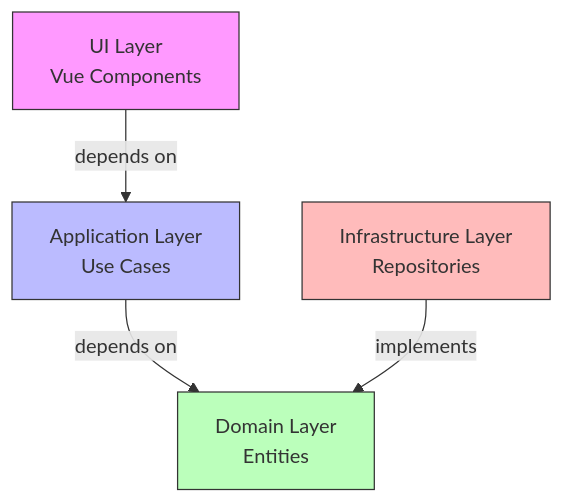
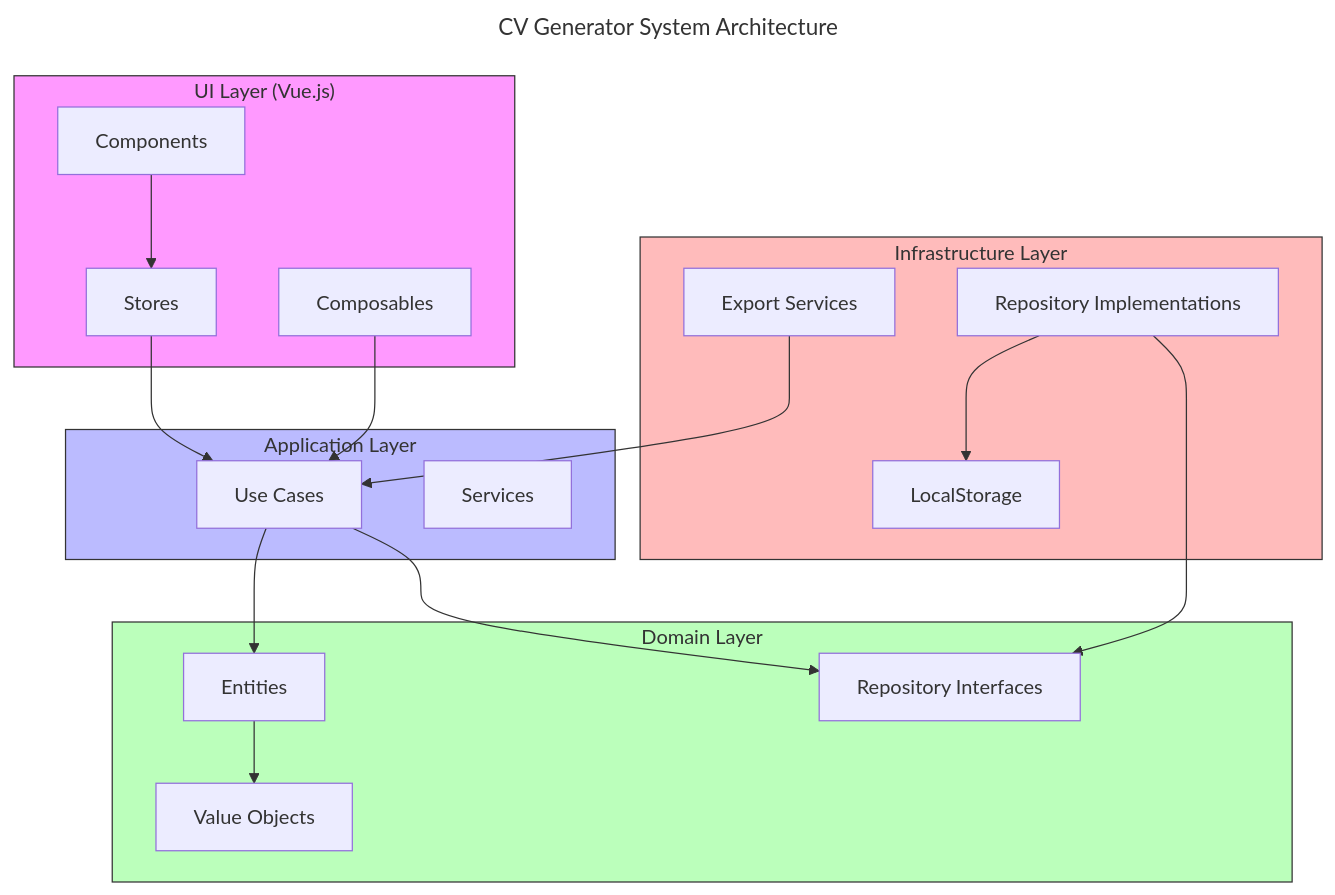
Before and after one commit to giak/cv-generator: the first of 2 diagrams in docs/ARCHITECTURE.md, drawn with Mermaid. The commit also changed other lines of this file and 33 other files, not shown here.

````diff
--- a/docs/ARCHITECTURE.md
+++ b/docs/ARCHITECTURE.md
@@ -30,16 +47,43 @@
 ```mermaid
+---
+title: CV Generator System Architecture
+---
 graph TD
-    UI[UI Layer<br>Vue Components]
-    APP[Application Layer<br>Use Cases]
-    DOM[Domain Layer<br>Entities]
-    INF[Infrastructure Layer<br>Repositories]
+    subgraph UI["UI Layer (Vue.js)"]
+        C1[Components]
+        S1[Stores]
+        COM[Composables]
+    end
 
-    UI -->|depends on| APP
-    APP -->|depends on| DOM
-    INF -->|implements| DOM
+    subgraph APP["Application Layer"]
+        UC[Use Cases]
+        SVC[Services]
+    end
+
+    subgraph DOM["Domain Layer"]
+        E[Entities]
+        VO[Value Objects]
+        R[Repository Interfaces]
+    end
+
+    subgraph INF["Infrastructure Layer"]
+        LS[LocalStorage]
+        EXP[Export Services]
+        REP[Repository Implementations]
+    end
+
+    C1 --> S1
+    S1 --> UC
+    COM --> UC
+    UC --> E
+    UC --> R
+    E --> VO
+    REP --> R
+    REP --> LS
+    EXP --> UC
 
     style UI fill:#f9f,stroke:#333
     style APP fill:#bbf,stroke:#333
     style DOM fill:#bfb,stroke:#333
     style INF fill:#fbb,stroke:#333
 ```
````
